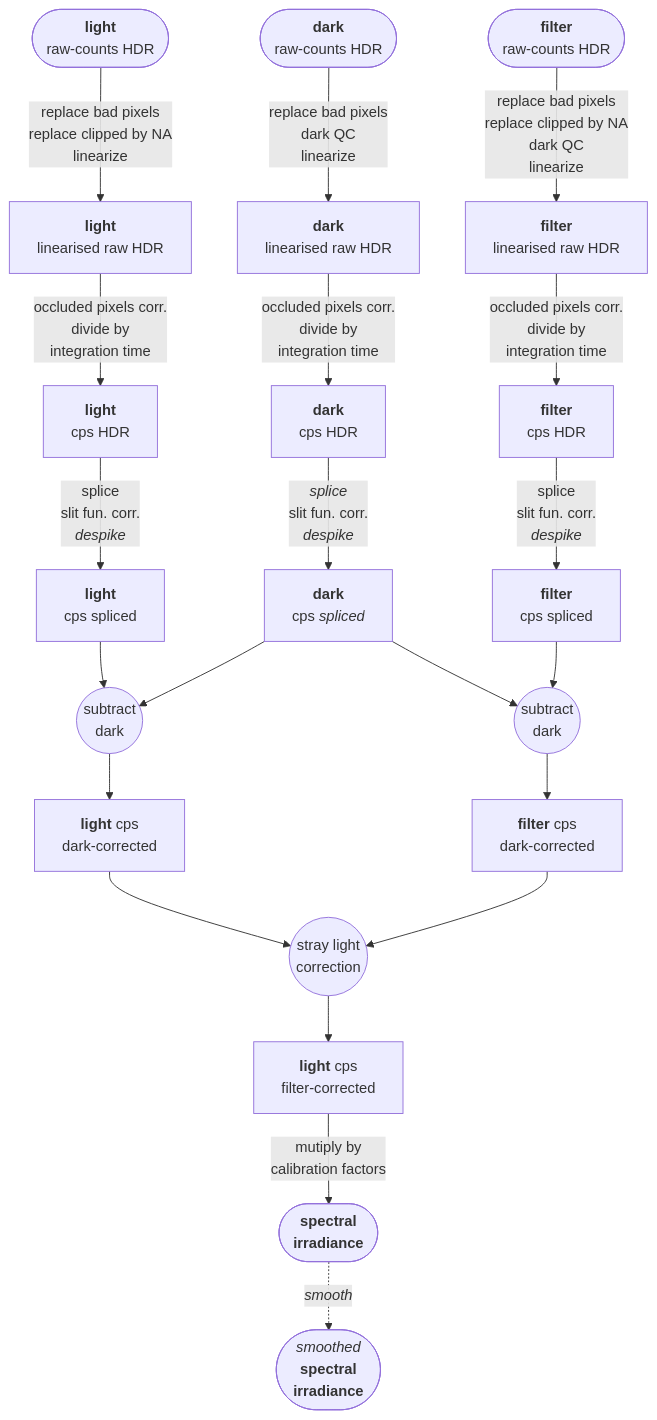
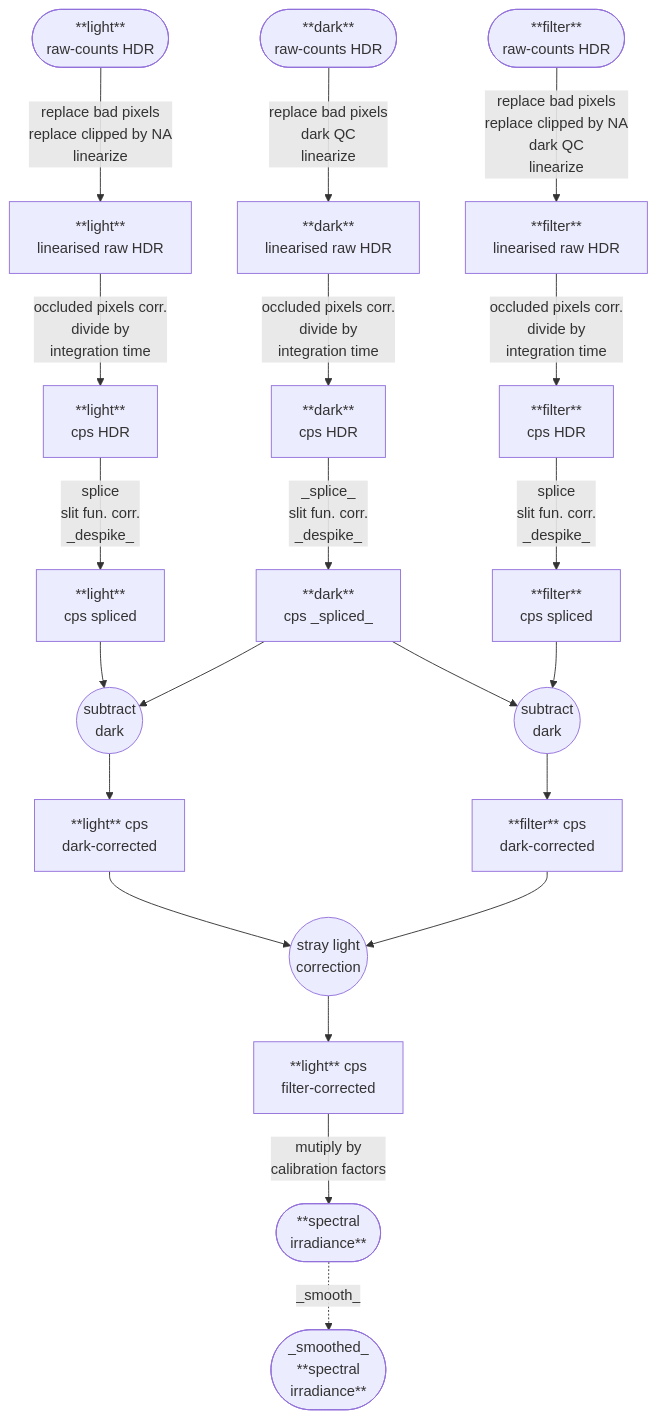
Before and after one commit to aphalo/r4p-blog: the first of 4 diagrams in pages/ooacquire-algorithms.qmd, drawn with Mermaid. The commit also changed other lines of this file and 8 other files, not shown here.

Commit message:
Update ooacquire algorithms Mermaid diagrams

````diff
--- a/pages/ooacquire-algorithms.qmd
+++ b/pages/ooacquire-algorithms.qmd
@@ -123,32 +123,32 @@
 ```{mermaid}
 %%| label: fig-data-flow-generic
 %%| fig-cap: Data flow for conversion of raw-counts into spectral irradiance when using the protocols `"lfd"` or `"dfl"`. The **dark** spectrum is never spliced as the longest integration time is the best across all wavelengths and used as is. QC stands for Quality Control and is applied to wavelengths expected to be subject only to dark noise.
 %%| fig-align: center
 %%| 
 flowchart TB
 
-lr([<b>light</b>\nraw-counts HDR]) --replace bad pixels\nreplace clipped by NA\nlinearize--> ll[<b>light</b>\nlinearised raw HDR]
--->|occluded pixels corr.\ndivide by\nintegration time| lc[<b>light</b>\ncps HDR] 
---splice\nslit fun. corr.\n<i>despike</i>--> l[<b>light</b>\ncps spliced]
+lr([**light**<br>raw-counts HDR]) --replace bad pixels<br>replace clipped by NA<br>linearize--> ll[**light**<br>linearised raw HDR]
+-->|occluded pixels corr.<br>divide by<br>integration time| lc[**light**<br>cps HDR] 
+--splice<br>slit fun. corr.<br>_despike_--> l[**light**<br>cps spliced]
 
-dr([<b>dark</b>\nraw-counts HDR]) --replace bad pixels\ndark QC\nlinearize--> dl[<b>dark</b>\nlinearised raw HDR]
--->|occluded pixels corr.\ndivide by\nintegration time| dc[<b>dark</b>\ncps HDR] 
---<i>splice</i>\nslit fun. corr.\n<i>despike</i>--> d[<b>dark</b>\ncps <i>spliced</i>]
+dr([**dark**<br>raw-counts HDR]) --replace bad pixels<br>dark QC<br>linearize--> dl[**dark**<br>linearised raw HDR]
+-->|occluded pixels corr.<br>divide by<br>integration time| dc[**dark**<br>cps HDR] 
+--_splice_<br>slit fun. corr.<br>_despike_--> d[**dark**<br>cps _spliced_]
 
-fr([<b>filter</b>\nraw-counts HDR]) --replace bad pixels\nreplace clipped by NA\ndark QC\nlinearize
---> fl[<b>filter</b>\nlinearised raw HDR]
--->|occluded pixels corr.\ndivide by\nintegration time| fc[<b>filter</b>\ncps HDR] 
---splice\nslit fun. corr.\n<i>despike</i>--> f[<b>filter</b>\ncps spliced]
+fr([**filter**<br>raw-counts HDR]) --replace bad pixels<br>replace clipped by NA<br>dark QC<br>linearize
+--> fl[**filter**<br>linearised raw HDR]
+-->|occluded pixels corr.<br>divide by<br>integration time| fc[**filter**<br>cps HDR] 
+--splice<br>slit fun. corr.<br>_despike_--> f[**filter**<br>cps spliced]
 
-l --> lm(("subtract\ndark")) --> ldc[<b>light</b> cps\ndark-corrected]
+l --> lm(("subtract<br>dark")) --> ldc[**light** cps<br>dark-corrected]
 d --> lm
-f --> fm(("subtract\ndark")) --> fdc[<b>filter</b> cps\ndark-corrected]
+f --> fm(("subtract<br>dark")) --> fdc[**filter** cps<br>dark-corrected]
 d --> fm
 
-ldc --> slc(("stray light\ncorrection")) --> cc[<b>light</b> cps\nfilter-corrected]
+ldc --> slc(("stray light<br>correction")) --> cc[**light** cps<br>filter-corrected]
 fdc --> slc
 
-cc --mutiply by\ncalibration factors--> irrad([<b>spectral\nirradiance</b>])
-irrad -.->|<i>smooth</i>|sirrad([<i>smoothed</i>\n<b>spectral\nirradiance</b>]) 
+cc --mutiply by<br>calibration factors--> irrad([**spectral<br>irradiance**])
+irrad -.->|_smooth_|sirrad([_smoothed_<br>**spectral<br>irradiance**]) 
 
 ```
````
